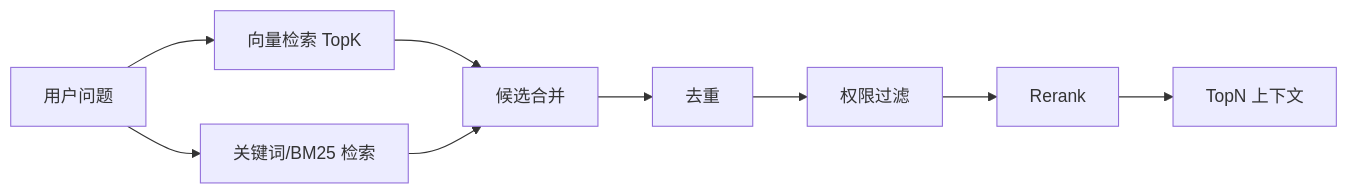
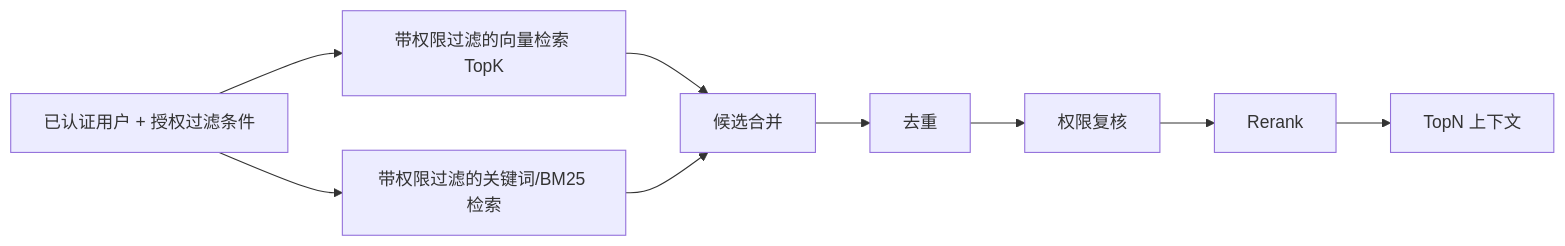
One commit to GuoWWWX/knowledge-base changed the second of 3 diagrams in 10-AI应用开发/08-项目实战/03-项目-企业知识库RAG系统.md. Above: the diagram before and after it, drawn with Mermaid. The commit also changed other lines of this file and 251 other files, not shown here.

````diff
--- a/10-AI应用开发/08-项目实战/03-项目-企业知识库RAG系统.md
+++ b/10-AI应用开发/08-项目实战/03-项目-企业知识库RAG系统.md
@@ -142,11 +144,11 @@
 ```mermaid
 flowchart LR
-A[用户问题] --> B[向量检索 TopK]
-A --> C[关键词/BM25 检索]
+A[已认证用户 + 授权过滤条件] --> B[带权限过滤的向量检索 TopK]
+A --> C[带权限过滤的关键词/BM25 检索]
 B --> D[候选合并]
 C --> D
 D --> E[去重]
-E --> F[权限过滤]
+E --> F[权限复核]
 F --> G[Rerank]
 G --> H[TopN 上下文]
 ```
````
